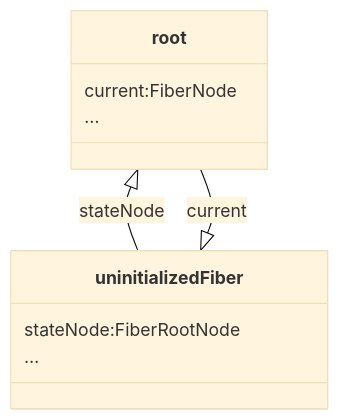
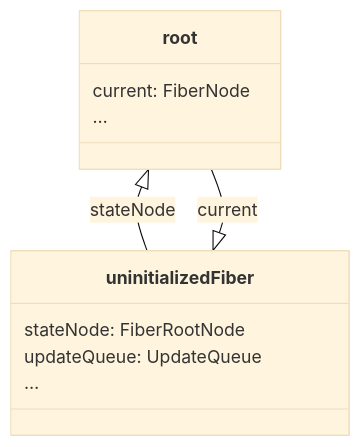
The diagram in 学习手册/Render（渲染器）/react-dom.md (MrArky/ReactSourceCode), drawn with Mermaid (base theme) before and after one commit. The commit also changed other lines of this file, not shown here.

````diff
--- a/学习手册/Render（渲染器）/react-dom.md
+++ b/学习手册/Render（渲染器）/react-dom.md
@@ -74,13 +75,14 @@
    ```mermaid
    classDiagram
    root <|-- uninitializedFiber:stateNode
    uninitializedFiber <|-- root:current
    class root{
-     current:FiberNode
+     current: FiberNode
      …
    }
    class uninitializedFiber{
-     stateNode:FiberRootNode
+     stateNode: FiberRootNode
+     updateQueue: UpdateQueue<State>
      …
    }
    ```
````
